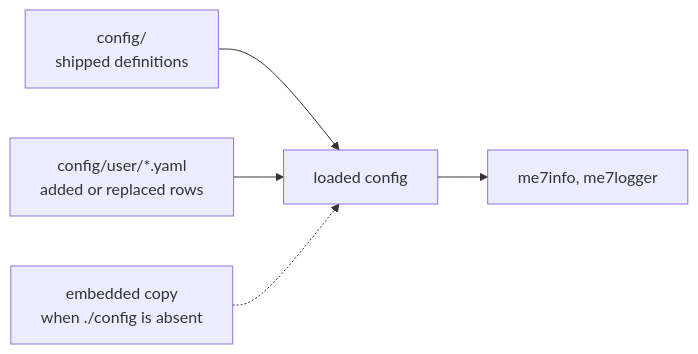
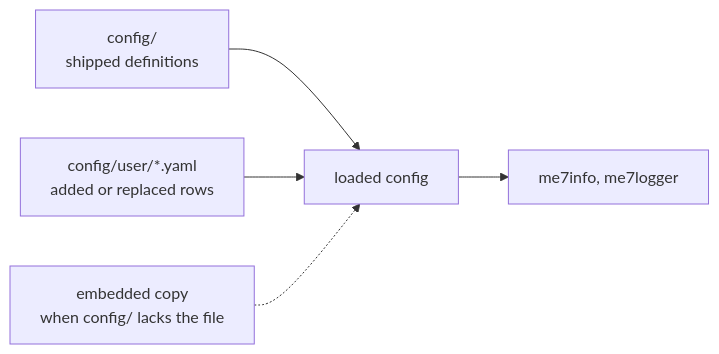
The fourth of 4 diagrams in README.md (nyetlabs/me7-logger), drawn with Mermaid before and after one commit. The commit also changed other lines of this file and 7 other files, not shown here.

````diff
--- a/README.md
+++ b/README.md
@@ -83,7 +83,7 @@
 ```mermaid
 flowchart LR
   shipped["config/<br/>shipped definitions"] --> merged[loaded config]
   user["config/user/*.yaml<br/>added or replaced rows"] --> merged
-  embedded["embedded copy<br/>when ./config is absent"] -.-> merged
+  embedded["embedded copy<br/>when config/ lacks the file"] -.-> merged
   merged --> tools[me7info, me7logger]
 ```
````
